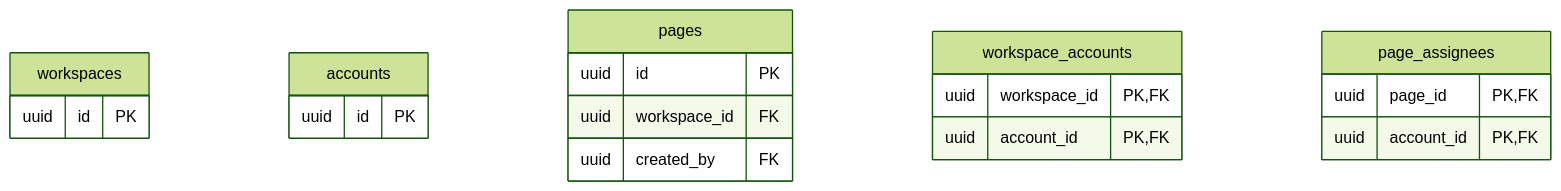
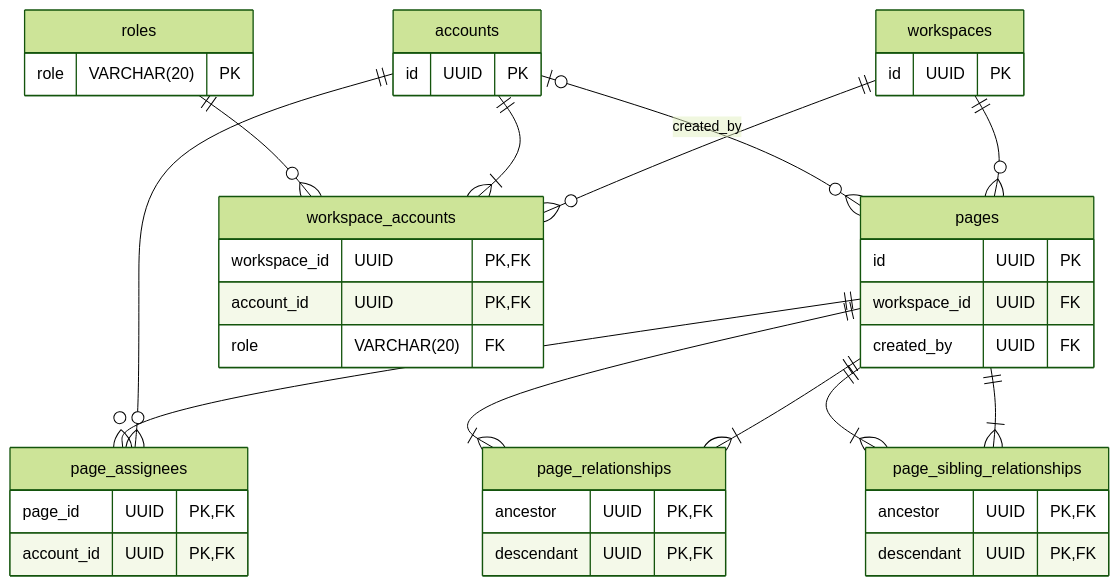
One commit to suimenkathemove/notion-clone changed the diagram in docs/backend/er-diagram.md. Above: the diagram before and after it, drawn with Mermaid (forest theme). The commit also changed 1 other file, not shown here.

````diff
--- a/docs/backend/er-diagram.md
+++ b/docs/backend/er-diagram.md
@@ -3,26 +3,51 @@
 ```mermaid
 erDiagram
   workspaces {
-    uuid id PK
+    id UUID PK
+  }
+  accounts {
+    id UUID PK
+  }
+  roles {
+    role VARCHAR(20) PK
+  }
+  pages {
+    id UUID PK
+    workspace_id UUID FK
+    created_by UUID FK
+  }
+  page_relationships {
+    ancestor UUID PK,FK
+    descendant UUID PK,FK
+  }
+  page_sibling_relationships {
+    ancestor UUID PK,FK
+    descendant UUID PK,FK
+  }
+  workspace_accounts {
+    workspace_id UUID PK,FK
+    account_id UUID PK,FK
+    role VARCHAR(20) FK
+  }
+  page_assignees {
+    page_id UUID PK,FK
+    account_id UUID PK,FK
   }
 
-  accounts {
-    uuid id PK
-  }
+  workspaces ||--o{ workspace_accounts : ""
+  accounts ||--|{ workspace_accounts : ""
+  roles ||--o{ workspace_accounts : ""
 
-  pages {
-    uuid id PK
-    uuid workspace_id FK
-    uuid created_by FK
-  }
+  workspaces ||--o{ pages : ""
 
-  workspace_accounts {
-    uuid workspace_id PK,FK
-    uuid account_id PK,FK
-  }
+  accounts |o--o{ pages : "created_by"
 
-  page_assignees {
-    uuid page_id PK,FK
-    uuid account_id PK,FK
-  }
+  accounts ||--o{ page_assignees : ""
+  pages ||--o{ page_assignees : ""
+
+  pages ||--|{ page_relationships : ""
+  page_relationships }|--|| pages : ""
+
+  pages ||--|{ page_sibling_relationships : ""
+  page_sibling_relationships }|--|| pages : ""
 ```
````
